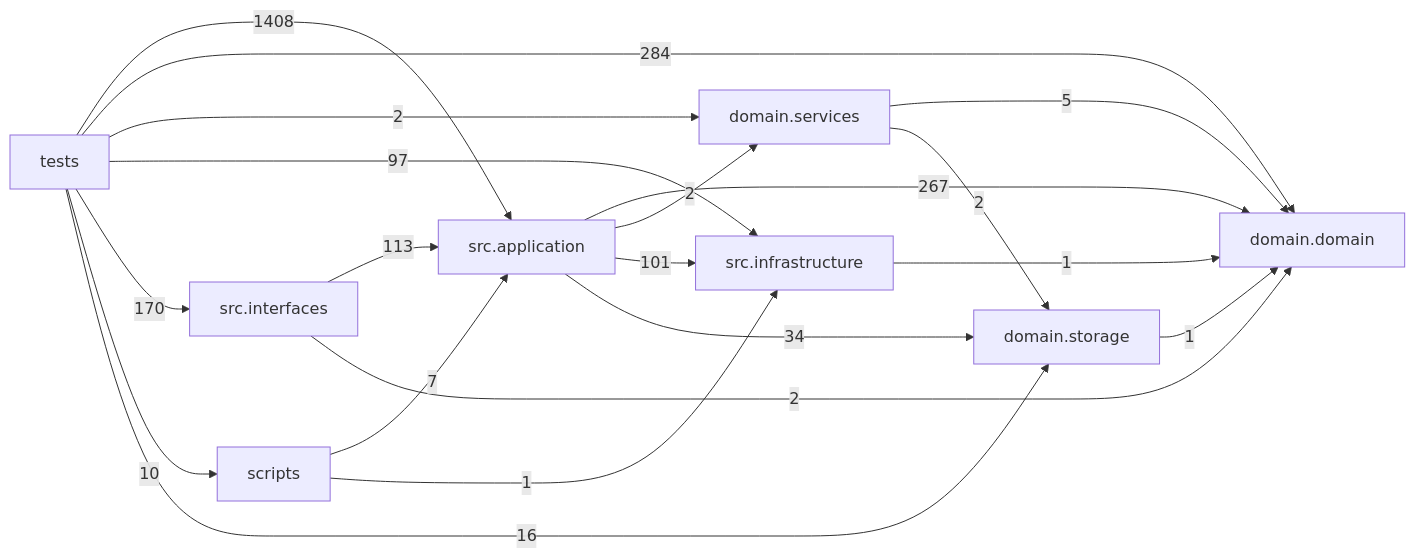
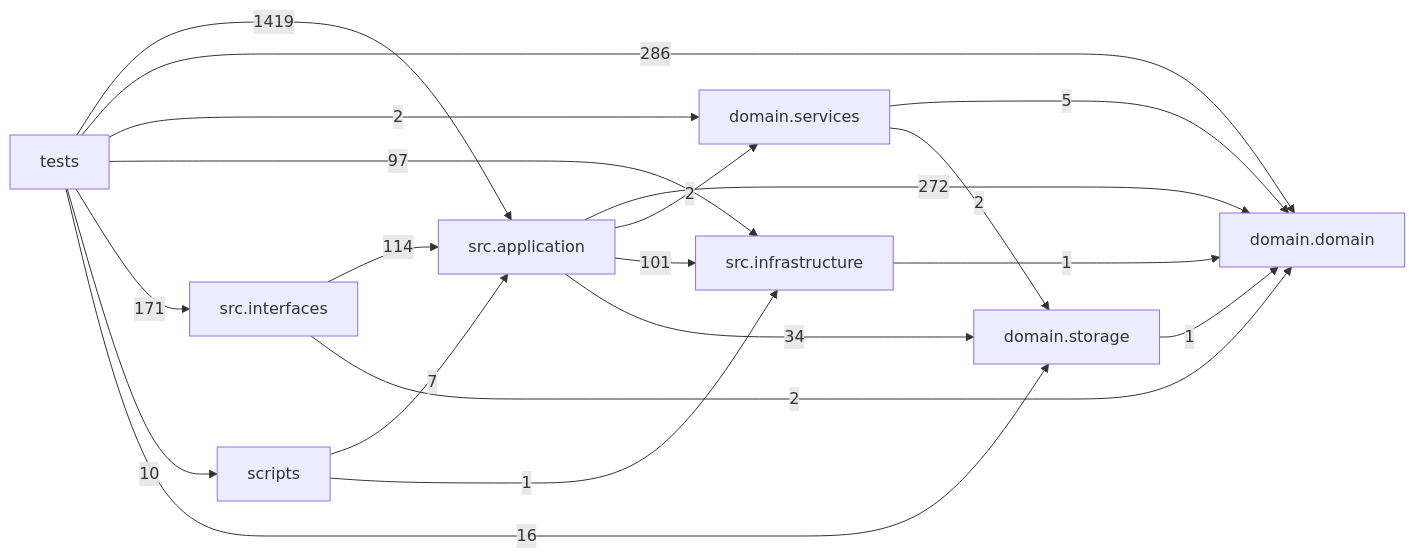
One commit to liuxie066/options-monitor changed the diagram in docs/DEPENDENCY_GRAPH.md. Above: the diagram before and after it, drawn with Mermaid. The commit also changed other lines of this file and 46 other files, not shown here.

````diff
--- a/docs/DEPENDENCY_GRAPH.md
+++ b/docs/DEPENDENCY_GRAPH.md
@@ -24,30 +24,30 @@
 ```mermaid
 flowchart LR
   tests["tests"]
   scripts["scripts"]
   interfaces["src.interfaces"]
   application["src.application"]
   infrastructure["src.infrastructure"]
   domain_services["domain.services"]
   domain["domain.domain"]
   storage["domain.storage"]
-  application -->|267| domain
+  application -->|272| domain
   application -->|2| domain_services
   application -->|101| infrastructure
   application -->|34| storage
   domain_services -->|5| domain
   domain_services -->|2| storage
   infrastructure -->|1| domain
-  interfaces -->|113| application
+  interfaces -->|114| application
   interfaces -->|2| domain
   scripts -->|7| application
   scripts -->|1| infrastructure
   storage -->|1| domain
-  tests -->|1408| application
-  tests -->|284| domain
+  tests -->|1419| application
+  tests -->|286| domain
   tests -->|2| domain_services
   tests -->|97| infrastructure
-  tests -->|170| interfaces
+  tests -->|171| interfaces
   tests -->|10| scripts
   tests -->|16| storage
 ```
````
